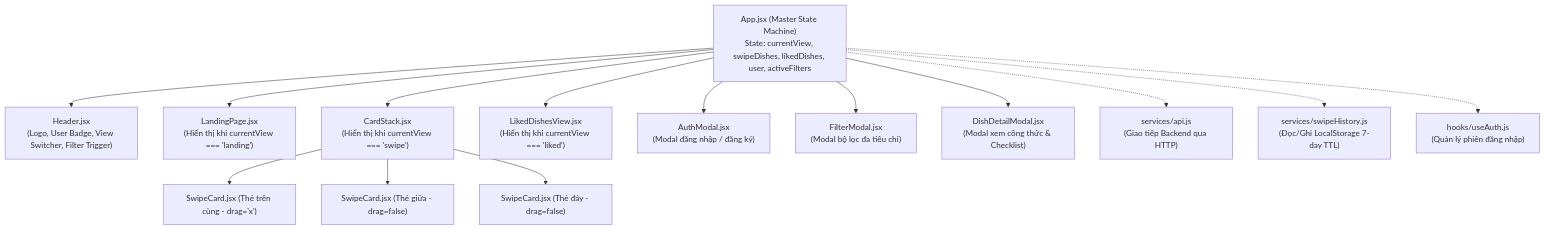
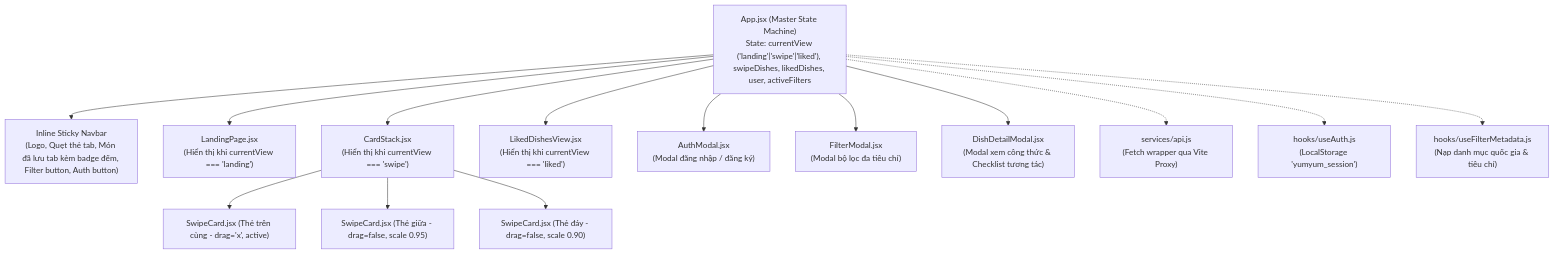
The diagram in docs/11_CODE_DEEP_DIVE_FRONTEND.md (snowwminhduc1212/YumYumPick), drawn with Mermaid before and after one commit. The commit also changed other lines of this file and 7 other files, not shown here.

````diff
--- a/docs/11_CODE_DEEP_DIVE_FRONTEND.md
+++ b/docs/11_CODE_DEEP_DIVE_FRONTEND.md
@@ -41,20 +42,20 @@
 ```mermaid
 graph TD
-    APP["App.jsx (Master State Machine)<br/>State: currentView, swipeDishes, likedDishes, user, activeFilters"]
+    APP["App.jsx (Master State Machine)<br/>State: currentView ('landing'|'swipe'|'liked'), swipeDishes, likedDishes, user, activeFilters"]
 
-    APP --> HEADER["Header.jsx<br/>(Logo, User Badge, View Switcher, Filter Trigger)"]
+    APP --> NAVBAR["Inline Sticky Navbar<br/>(Logo, Quẹt thẻ tab, Món đã lưu tab kèm badge đếm, Filter button, Auth button)"]
     APP --> LANDING["LandingPage.jsx<br/>(Hiển thị khi currentView === 'landing')"]
     APP --> CARD_STACK["CardStack.jsx<br/>(Hiển thị khi currentView === 'swipe')"]
     APP --> LIKED_VIEW["LikedDishesView.jsx<br/>(Hiển thị khi currentView === 'liked')"]
     APP --> AUTH_MODAL["AuthModal.jsx<br/>(Modal đăng nhập / đăng ký)"]
     APP --> FILTER_MODAL["FilterModal.jsx<br/>(Modal bộ lọc đa tiêu chí)"]
-    APP --> DETAIL_MODAL["DishDetailModal.jsx<br/>(Modal xem công thức & Checklist)"]
+    APP --> DETAIL_MODAL["DishDetailModal.jsx<br/>(Modal xem công thức & Checklist tương tác)"]
 
-    CARD_STACK --> SWIPE_CARD_0["SwipeCard.jsx (Thẻ trên cùng - drag='x')"]
-    CARD_STACK --> SWIPE_CARD_1["SwipeCard.jsx (Thẻ giữa - drag=false)"]
-    CARD_STACK --> SWIPE_CARD_2["SwipeCard.jsx (Thẻ đáy - drag=false)"]
+    CARD_STACK --> SWIPE_CARD_0["SwipeCard.jsx (Thẻ trên cùng - drag='x', active)"]
+    CARD_STACK --> SWIPE_CARD_1["SwipeCard.jsx (Thẻ giữa - drag=false, scale 0.95)"]
+    CARD_STACK --> SWIPE_CARD_2["SwipeCard.jsx (Thẻ đáy - drag=false, scale 0.90)"]
 
-    APP -.-> API_SERVICE["services/api.js<br/>(Giao tiếp Backend qua HTTP)"]
-    APP -.-> SWIPE_HISTORY["services/swipeHistory.js<br/>(Đọc/Ghi LocalStorage 7-day TTL)"]
-    APP -.-> USE_AUTH["hooks/useAuth.js<br/>(Quản lý phiên đăng nhập)"]
+    APP -.-> API_SERVICE["services/api.js<br/>(Fetch wrapper qua Vite Proxy)"]
+    APP -.-> USE_AUTH["hooks/useAuth.js<br/>(LocalStorage 'yumyum_session')"]
+    APP -.-> USE_FILTER["hooks/useFilterMetadata.js<br/>(Nạp danh mục quốc gia & tiêu chí)"]
 ```
````
